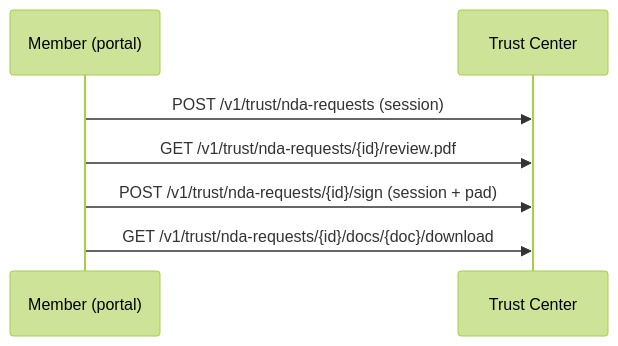
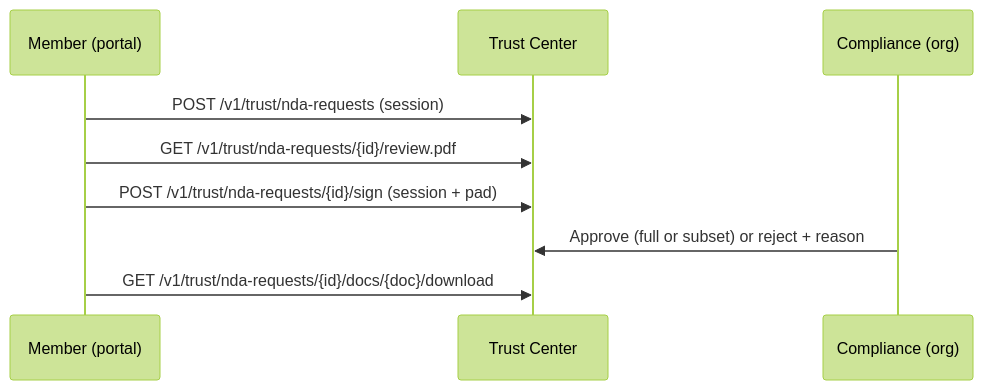
Before and after one commit to CBpayapp/cbpay-docs: the diagram in en/guides/trust-center-nda.mdx, drawn with Mermaid (forest theme). The commit also changed other lines of this file and 14 other files, not shown here.

Commit message:
docs: publish Trust Center review flow (v2.190) (#175)

````diff
--- a/en/guides/trust-center-nda.mdx
+++ b/en/guides/trust-center-nda.mdx
@@ -19,9 +19,11 @@
 ```mermaid
 sequenceDiagram
   participant M as Member (portal)
   participant T as Trust Center
+  participant C as Compliance (org)
   M->>T: POST /v1/trust/nda-requests (session)
   M->>T: GET /v1/trust/nda-requests/{id}/review.pdf
   M->>T: POST /v1/trust/nda-requests/{id}/sign (session + pad)
+  C->>T: Approve (full or subset) or reject + reason
   M->>T: GET /v1/trust/nda-requests/{id}/docs/{doc}/download
 ```
````
